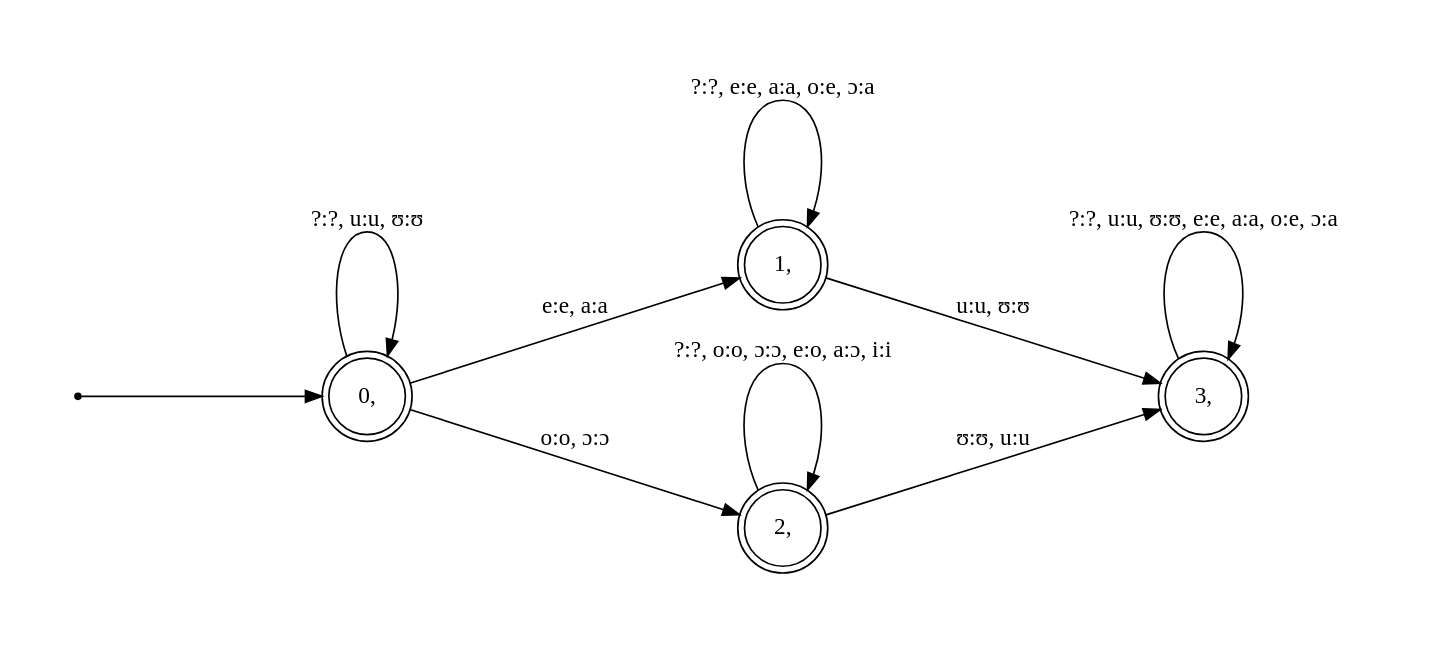
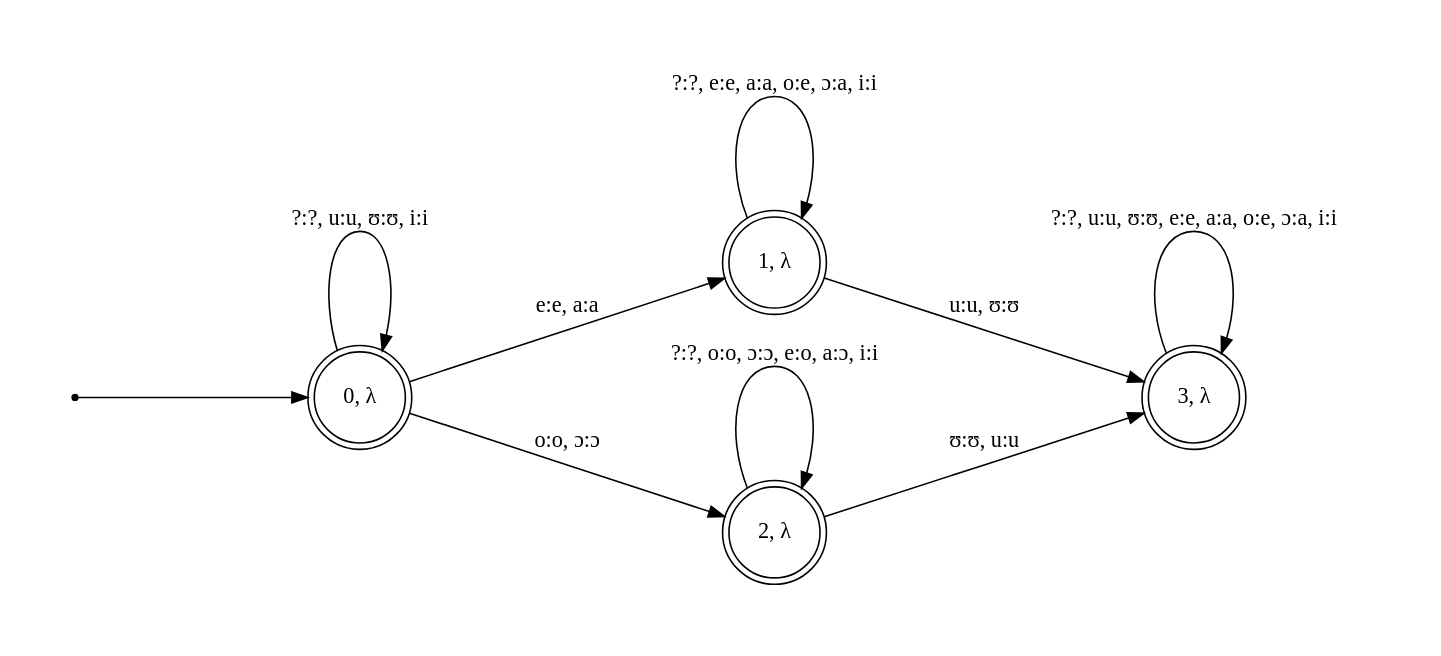
Before and after one commit to ishtiaque06/vh-fst: the diagram in illustrations/Halh (Mongolic) rounding harmony.gv, drawn with Graphviz. The commit also changed 19 other files, not shown here.

```diff
--- a/illustrations/Halh (Mongolic) rounding harmony.gv
+++ b/illustrations/Halh (Mongolic) rounding harmony.gv
@@ -1,21 +1,21 @@
 digraph fst {
 	graph [pad="0.5", nodesep="1", ranksep="2"];
 	rankdir=LR;
 	size="10,10";
 	node [shape = point]; start;
 	node [shape = doublecircle];
-		"0, ";
-		"1, ";
-		"2, ";
-		"3, ";
+		"0, λ";
+		"1, λ";
+		"2, λ";
+		"3, λ";
 
-	"0, " ->	"0, " [ label = "?:?, u:u, ʊ:ʊ" ];
-	"1, " ->	"1, " [ label = "?:?, e:e, a:a, o:e, ɔ:a" ];
-	"2, " ->	"2, " [ label = "?:?, o:o, ɔ:ɔ, e:o, a:ɔ, i:i" ];
-	"3, " ->	"3, " [ label = "?:?, u:u, ʊ:ʊ, e:e, a:a, o:e, ɔ:a" ];
-	"0, " ->	"1, " [ label = "e:e, a:a" ];
-	"0, " ->	"2, " [ label = "o:o, ɔ:ɔ" ];
-	"1, " ->	"3, " [ label = "u:u, ʊ:ʊ" ];
-	"2, " ->	"3, " [ label = "ʊ:ʊ, u:u" ];
-	start -> "0, ";
+	"0, λ" ->	"0, λ" [ label = "?:?, u:u, ʊ:ʊ, i:i" ];
+	"1, λ" ->	"1, λ" [ label = "?:?, e:e, a:a, o:e, ɔ:a, i:i" ];
+	"2, λ" ->	"2, λ" [ label = "?:?, o:o, ɔ:ɔ, e:o, a:ɔ, i:i" ];
+	"3, λ" ->	"3, λ" [ label = "?:?, u:u, ʊ:ʊ, e:e, a:a, o:e, ɔ:a, i:i" ];
+	"0, λ" ->	"1, λ" [ label = "e:e, a:a" ];
+	"0, λ" ->	"2, λ" [ label = "o:o, ɔ:ɔ" ];
+	"1, λ" ->	"3, λ" [ label = "u:u, ʊ:ʊ" ];
+	"2, λ" ->	"3, λ" [ label = "ʊ:ʊ, u:u" ];
+	start -> "0, λ";
 }
```
